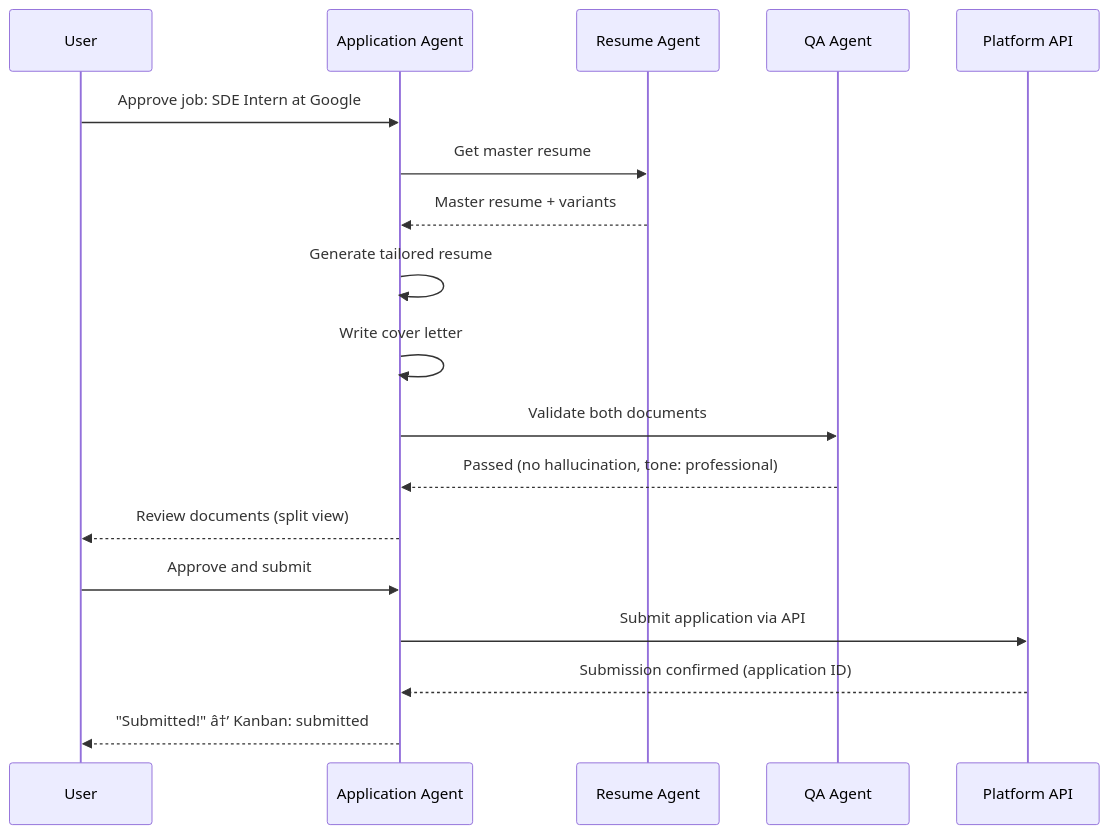
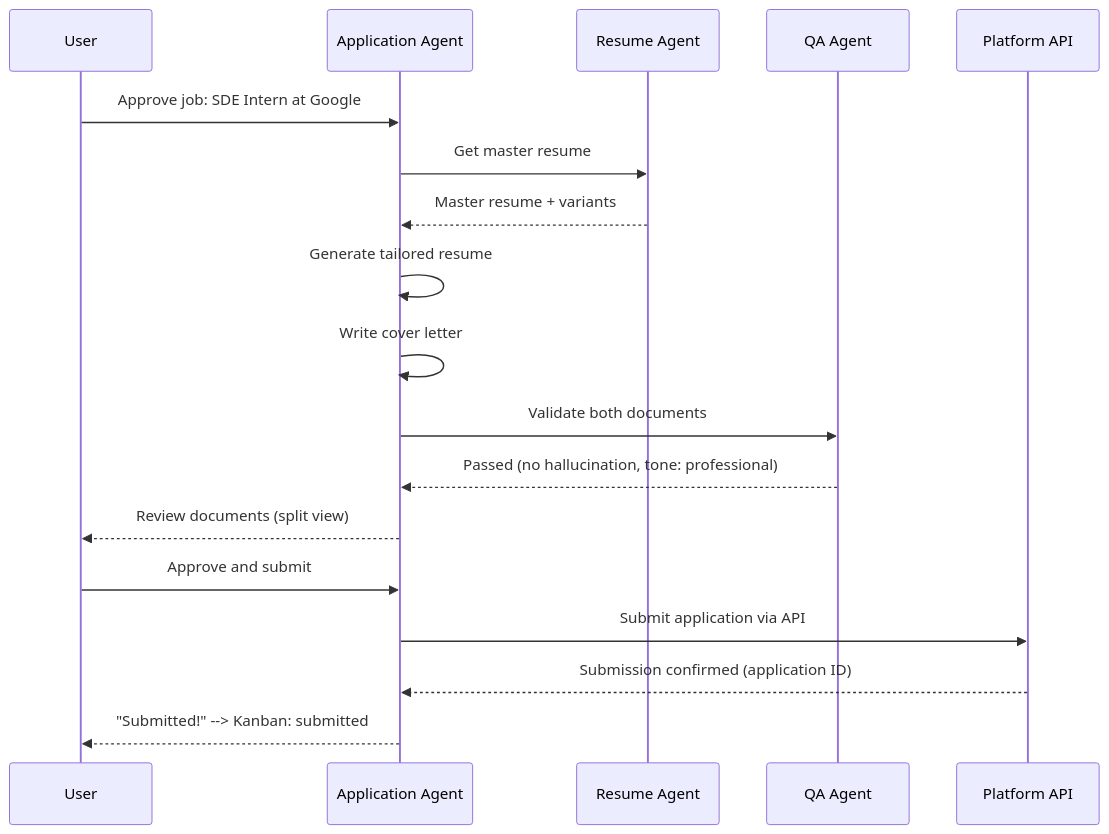
One commit to Driftloom/Vaeloom changed the second of 2 diagrams in Docs/Product/Feature-Specs/Tailored-Applications.md. Above: the diagram before and after it, drawn with Mermaid. The commit also changed other lines of this file and 31 other files, not shown here.

Commit message:
docs(product): add PRD, roadmap, user-stories, personas, specs, and strategy

````diff
--- a/Docs/Product/Feature-Specs/Tailored-Applications.md
+++ b/Docs/Product/Feature-Specs/Tailored-Applications.md
@@ -209,21 +209,21 @@
 ```mermaid
 sequenceDiagram
     participant U as User
     participant AA as Application Agent
     participant RA as Resume Agent
     participant QA as QA Agent
     participant PL as Platform API
 
     U->>AA: Approve job: SDE Intern at Google
     AA->>RA: Get master resume
     RA-->>AA: Master resume + variants
     AA->>AA: Generate tailored resume
     AA->>AA: Write cover letter
     AA->>QA: Validate both documents
     QA-->>AA: Passed (no hallucination, tone: professional)
     AA-->>U: Review documents (split view)
     U->>AA: Approve and submit
     AA->>PL: Submit application via API
     PL-->>AA: Submission confirmed (application ID)
-    AA-->>U: "Submitted!" â†’ Kanban: submitted
+    AA-->>U: "Submitted!" --> Kanban: submitted
 ```
````
